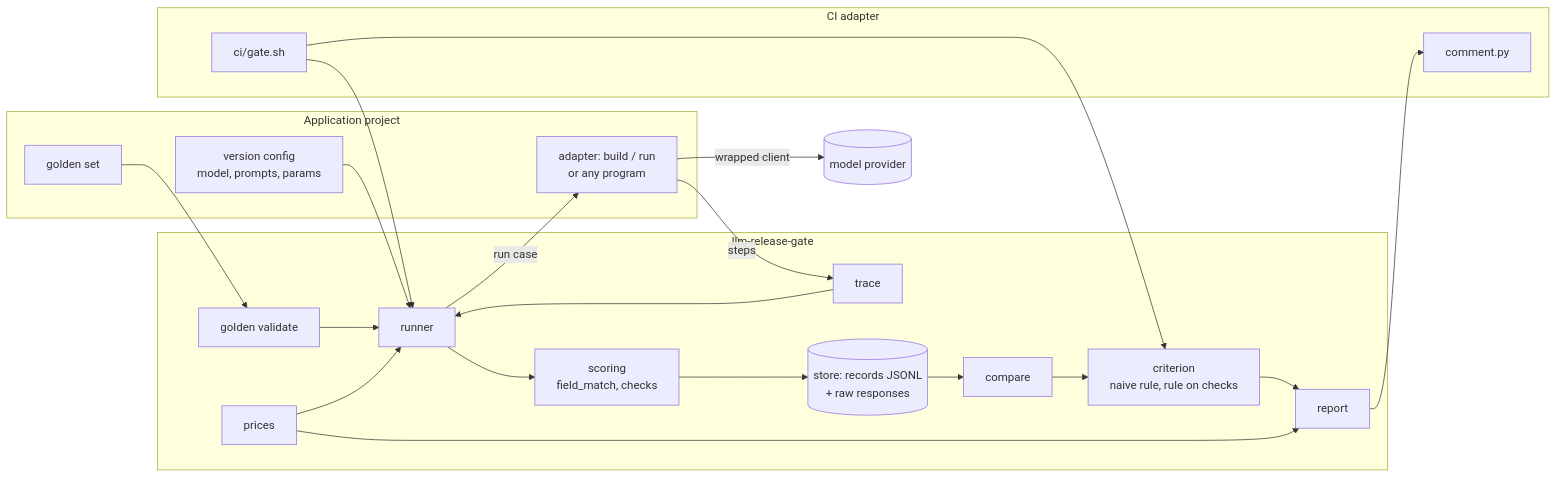
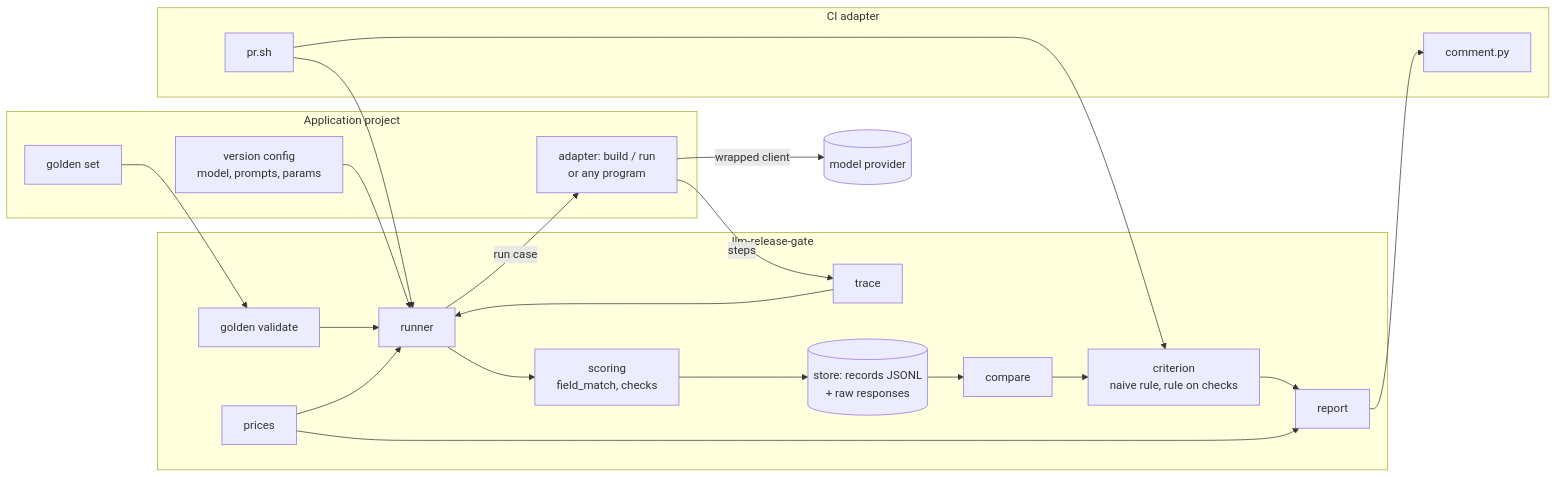
One commit to Ilya-Grigoryev/llm-release-gate changed the first of 2 diagrams in docs/design.md. Above: the diagram before and after it, drawn with Mermaid. The commit also changed other lines of this file and 84 other files, not shown here.

````diff
--- a/docs/design.md
+++ b/docs/design.md
@@ -170,36 +171,36 @@
 ```mermaid
 flowchart LR
     subgraph app[Application project]
         config[version config<br/>model, prompts, params]
         adapter[adapter: build / run<br/>or any program]
         cases[golden set]
     end
     subgraph gate[llm-release-gate]
         validate[golden validate]
         runner[runner]
         trace[trace]
         scoring[scoring<br/>field_match, checks]
         store[(store: records JSONL<br/>+ raw responses)]
         compare[compare]
         criterion[criterion<br/>naive rule, rule on checks]
         prices[prices]
         report[report]
     end
     subgraph ci[CI adapter]
-        gatesh[ci/gate.sh]
+        gatesh[pr.sh]
         comment[comment.py]
     end
     provider[(model provider)]
     cases --> validate --> runner
     config --> runner
     runner -->|run case| adapter
     adapter -->|wrapped client| provider
     adapter -->|steps| trace --> runner
     runner --> scoring --> store
     store --> compare --> criterion --> report
     prices --> runner
     prices --> report
     gatesh --> runner
     gatesh --> criterion
     report --> comment
 ```
````
